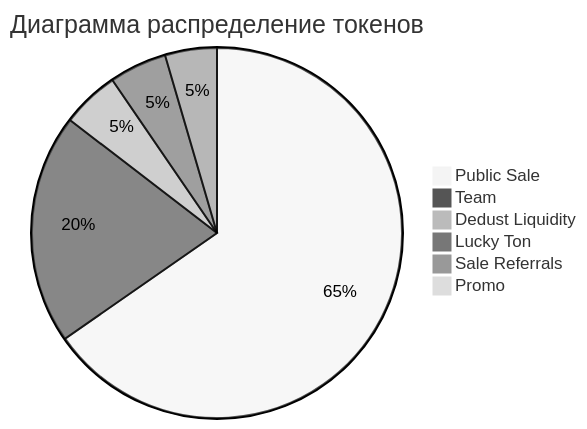
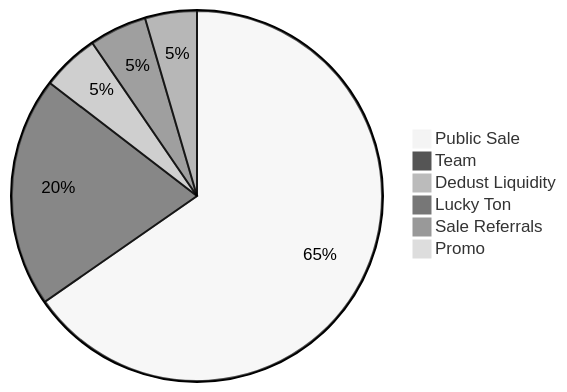
Before and after one commit to Lucky-Bank/.github: the first of 3 diagrams in docs/token/litepaper/tokenomiks.md, drawn with Mermaid (neutral theme). The commit also changed other lines of this file and 5 other files, not shown here.

````diff
--- a/docs/token/litepaper/tokenomiks.md
+++ b/docs/token/litepaper/tokenomiks.md
@@ -33,9 +32,9 @@
 ```mermaid
-pie title Диаграмма распределение токенов
+pie 
     "Public Sale" : 65000
     "Team" : 20000
     "Dedust Liquidity" : 5000
     "Lucky Ton" : 5000
     "Sale Referrals" : 4500
     "Promo" : 500
 ```
````
